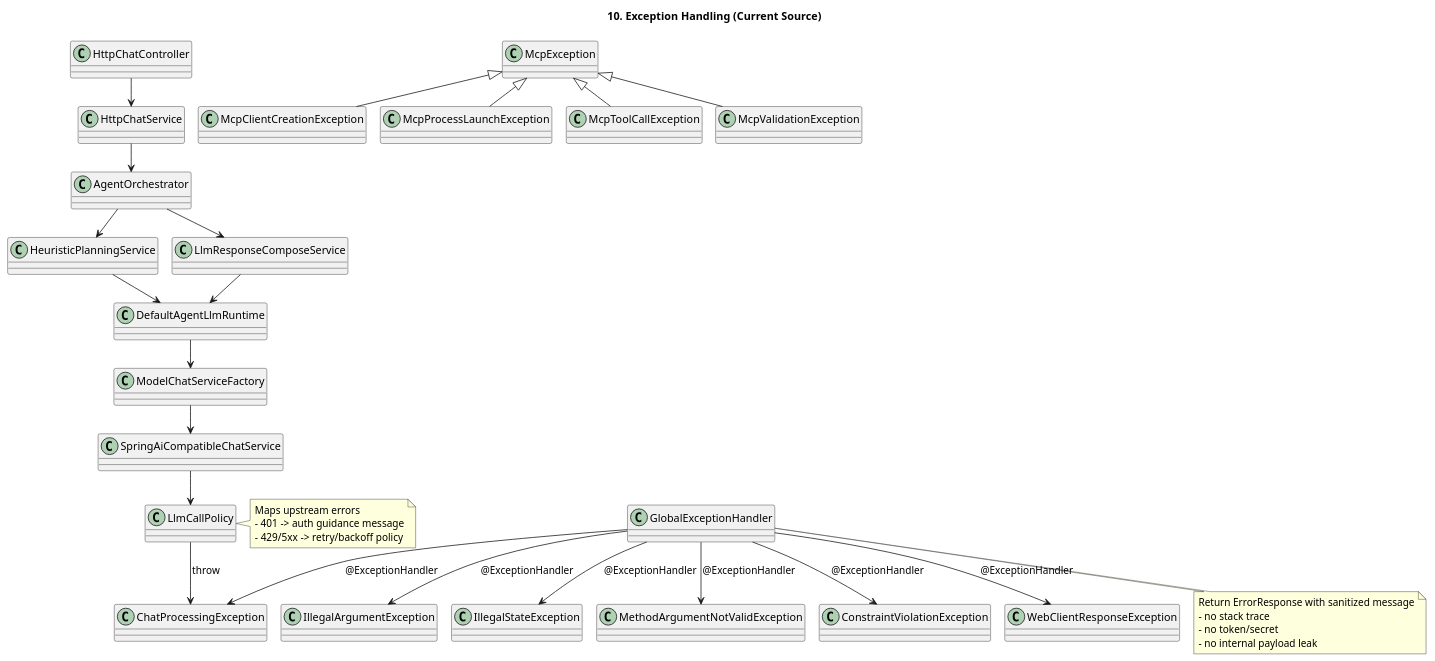
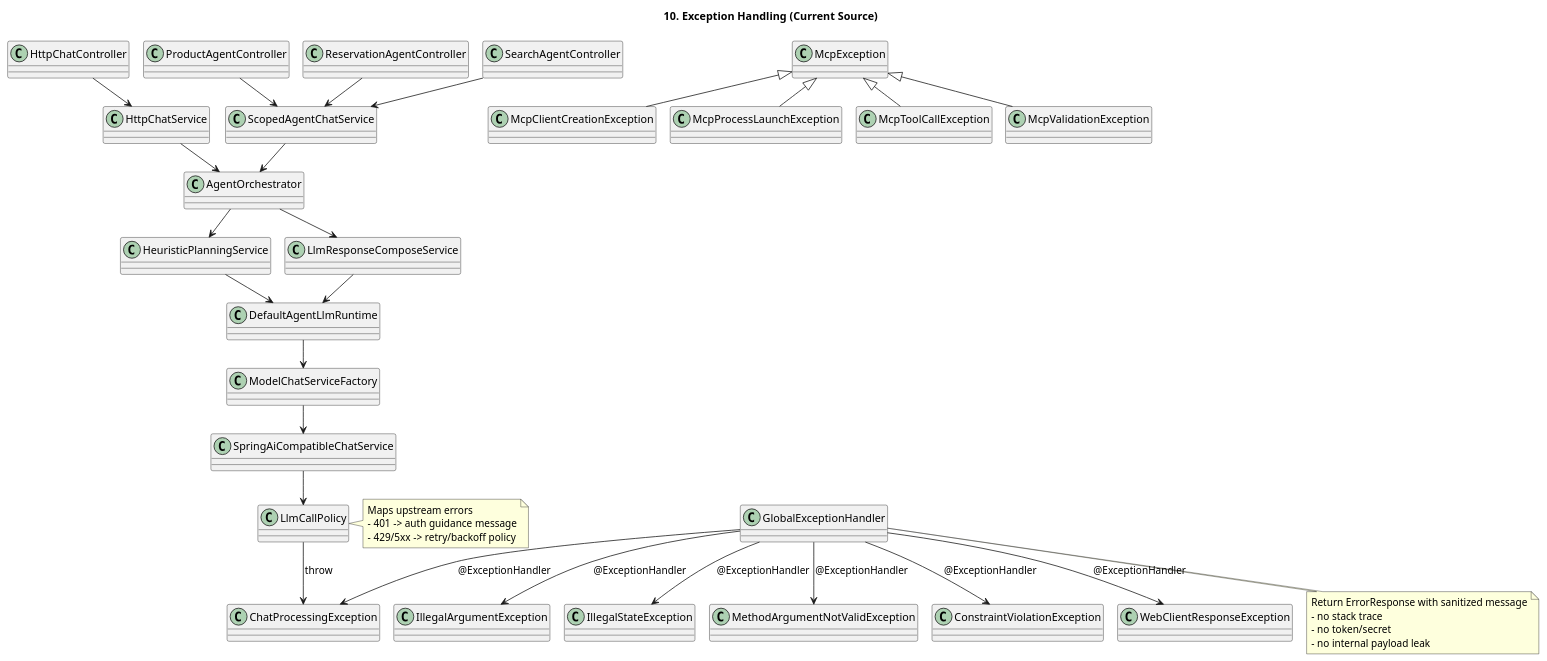
Before and after one commit to kim57uak/spring-ai: the diagram in documents/mcp-orchestrator-architecture/10-exception-handling.puml, drawn with PlantUML. The commit also changed 63 other files, not shown here.

```diff
--- a/documents/mcp-orchestrator-architecture/10-exception-handling.puml
+++ b/documents/mcp-orchestrator-architecture/10-exception-handling.puml
@@ -1,62 +1,70 @@
 @startuml
 !pragma layout smetana
 title 10. Exception Handling (Current Source)
 
 skinparam shadowing false
 skinparam componentStyle rectangle
 
 class HttpChatController
+class ProductAgentController
+class ReservationAgentController
+class SearchAgentController
 class HttpChatService
+class ScopedAgentChatService
 class AgentOrchestrator
 class HeuristicPlanningService
 class LlmResponseComposeService
 class DefaultAgentLlmRuntime
 class ModelChatServiceFactory
 class LlmCallPolicy
 class SpringAiCompatibleChatService
 class GlobalExceptionHandler
 
 class ChatProcessingException
 class McpException
 class McpClientCreationException
 class McpProcessLaunchException
 class McpToolCallException
 class McpValidationException
 
 HttpChatController --> HttpChatService
+ProductAgentController --> ScopedAgentChatService
+ReservationAgentController --> ScopedAgentChatService
+SearchAgentController --> ScopedAgentChatService
+ScopedAgentChatService --> AgentOrchestrator
 HttpChatService --> AgentOrchestrator
 AgentOrchestrator --> HeuristicPlanningService
 AgentOrchestrator --> LlmResponseComposeService
 HeuristicPlanningService --> DefaultAgentLlmRuntime
 LlmResponseComposeService --> DefaultAgentLlmRuntime
 DefaultAgentLlmRuntime --> ModelChatServiceFactory
 ModelChatServiceFactory --> SpringAiCompatibleChatService
 SpringAiCompatibleChatService --> LlmCallPolicy
 
 LlmCallPolicy --> ChatProcessingException : throw
 GlobalExceptionHandler --> ChatProcessingException : @ExceptionHandler
 GlobalExceptionHandler --> IllegalArgumentException : @ExceptionHandler
 GlobalExceptionHandler --> IllegalStateException : @ExceptionHandler
 GlobalExceptionHandler --> MethodArgumentNotValidException : @ExceptionHandler
 GlobalExceptionHandler --> ConstraintViolationException : @ExceptionHandler
 GlobalExceptionHandler --> WebClientResponseException : @ExceptionHandler
 
 McpException <|-- McpClientCreationException
 McpException <|-- McpProcessLaunchException
 McpException <|-- McpToolCallException
 McpException <|-- McpValidationException
 
 note bottom of GlobalExceptionHandler
 Return ErrorResponse with sanitized message
 - no stack trace
 - no token/secret
 - no internal payload leak
 end note
 
 note right of LlmCallPolicy
 Maps upstream errors
 - 401 -> auth guidance message
 - 429/5xx -> retry/backoff policy
 end note
 
 @enduml
```
